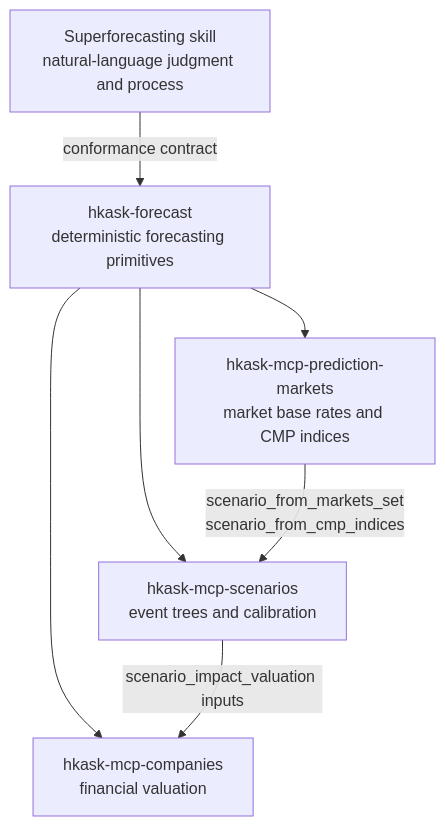
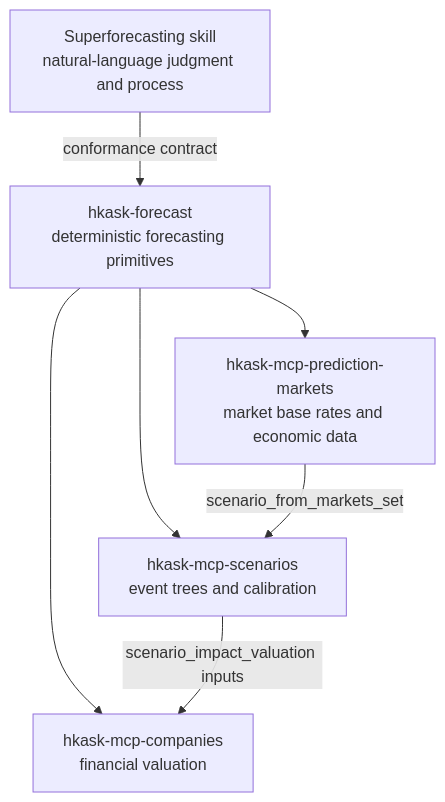
Before and after one commit to mdz-axo/zed-kask: the first of 2 diagrams in kask/docs/reference/mcp-servers/README.md, drawn with Mermaid. The commit also changed other lines of this file and 41 other files, not shown here.

````diff
--- a/kask/docs/reference/mcp-servers/README.md
+++ b/kask/docs/reference/mcp-servers/README.md
@@ -125,15 +125,15 @@
 ```mermaid
 flowchart TD
     Skill["Superforecasting skill<br/>natural-language judgment and process"]
     Math["hkask-forecast<br/>deterministic forecasting primitives"]
     Scenarios["hkask-mcp-scenarios<br/>event trees and calibration"]
     Companies["hkask-mcp-companies<br/>financial valuation"]
-    Markets["hkask-mcp-prediction-markets<br/>market base rates and CMP indices"]
+    Markets["hkask-mcp-prediction-markets<br/>market base rates and economic data"]
 
     Skill -->|"conformance contract"| Math
     Math --> Scenarios
     Math --> Companies
     Math --> Markets
-    Markets -->|"scenario_from_markets_set<br/>scenario_from_cmp_indices"| Scenarios
+    Markets -->|"scenario_from_markets_set"| Scenarios
     Scenarios -->|"scenario_impact_valuation inputs"| Companies
 ```
````
